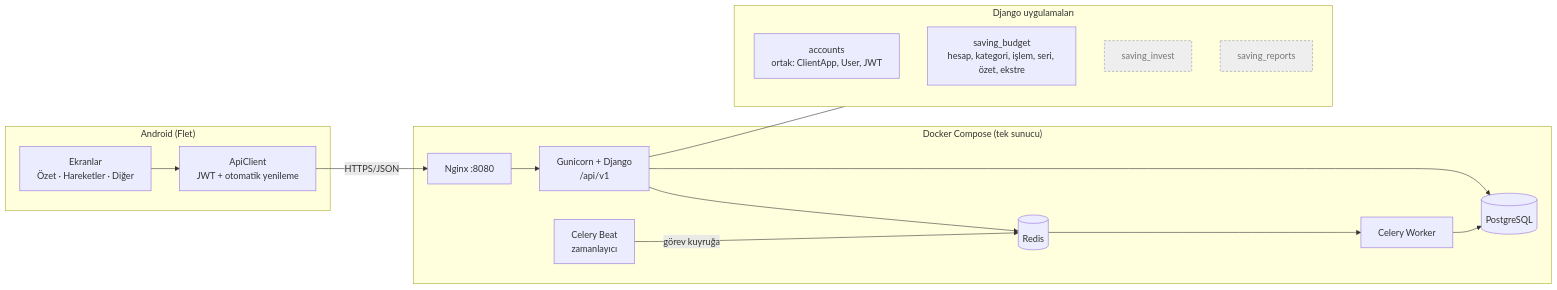
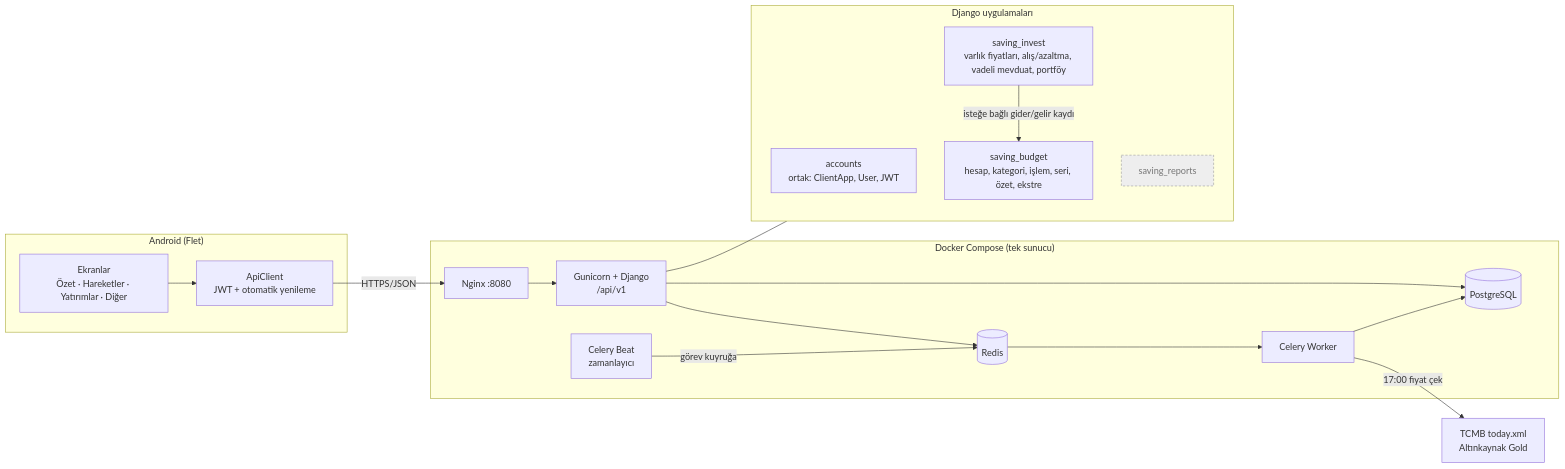
One commit to anilcelik0/saving changed the first of 10 diagrams in docs/FLOW.md. Above: the diagram before and after it, drawn with Mermaid. The commit also changed other lines of this file and 34 other files, not shown here.

````diff
--- a/docs/FLOW.md
+++ b/docs/FLOW.md
@@ -12,36 +12,38 @@
 ```mermaid
 flowchart LR
     subgraph Mobil["Android (Flet)"]
-        UI[Ekranlar<br/>Özet · Hareketler · Diğer]
+        UI[Ekranlar<br/>Özet · Hareketler · Yatırımlar · Diğer]
         API[ApiClient<br/>JWT + otomatik yenileme]
         UI --> API
     end
 
     subgraph Sunucu["Docker Compose (tek sunucu)"]
         NGINX[Nginx :8080]
         WEB[Gunicorn + Django<br/>/api/v1]
         DB[(PostgreSQL)]
         REDIS[(Redis)]
         BEAT[Celery Beat<br/>zamanlayıcı]
         WORKER[Celery Worker]
 
         NGINX --> WEB
         WEB --> DB
         WEB --> REDIS
         BEAT -->|görev kuyruğa| REDIS
         REDIS --> WORKER
         WORKER --> DB
     end
 
     API -->|HTTPS/JSON| NGINX
 
     subgraph Apps["Django uygulamaları"]
         ACC[accounts<br/>ortak: ClientApp, User, JWT]
         BUD[saving_budget<br/>hesap, kategori, işlem, seri, özet, ekstre]
-        INV[saving_invest]:::todo
+        INV[saving_invest<br/>varlık fiyatları, alış/azaltma, vadeli mevduat, portföy]
         REP[saving_reports]:::todo
     end
     WEB --- Apps
+    INV -->|isteğe bağlı gider/gelir kaydı| BUD
+    WORKER -->|17:00 fiyat çek| EXT[TCMB today.xml<br/>Altınkaynak Gold]
 
     classDef todo fill:#eee,stroke:#999,stroke-dasharray:4 3,color:#777
 ```
````
